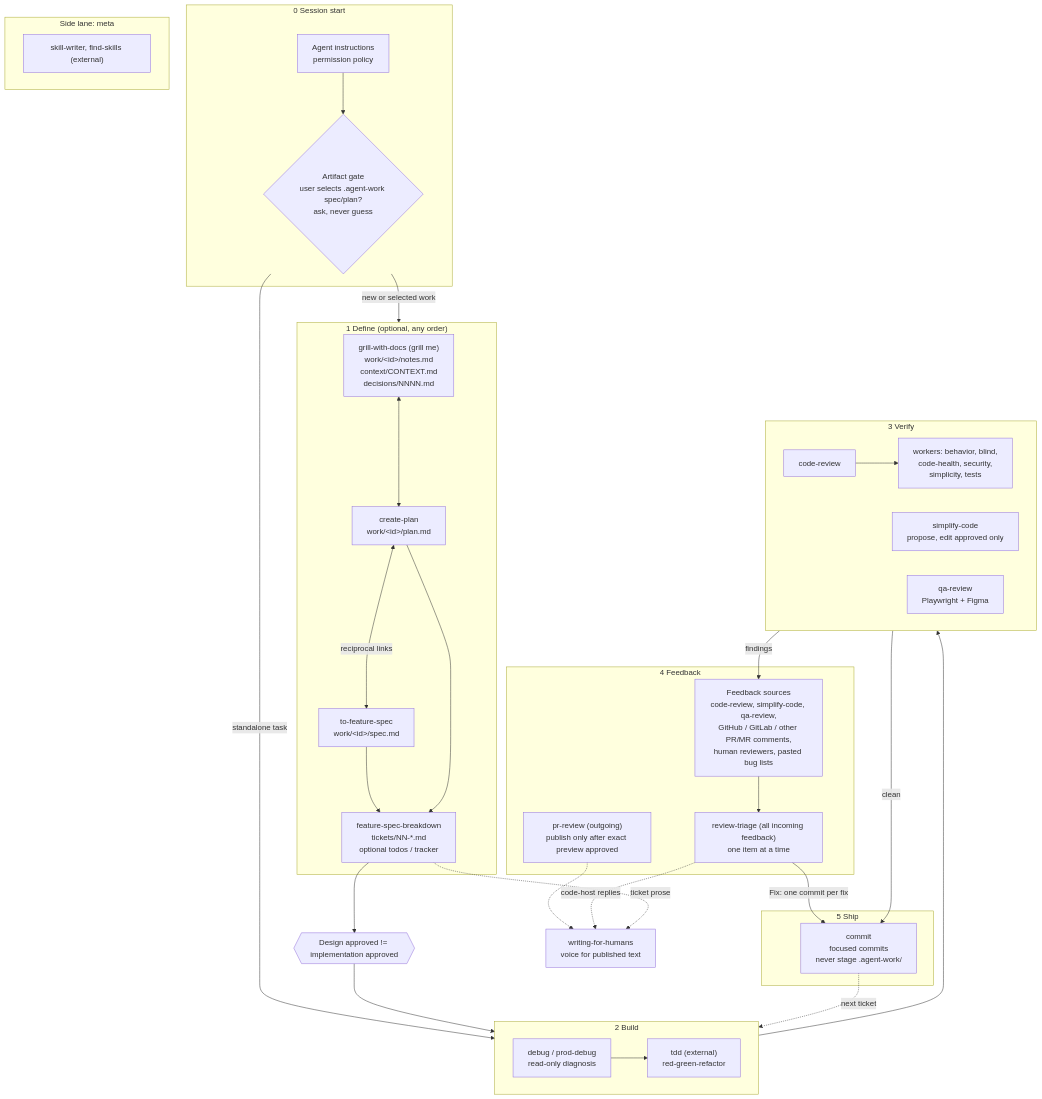
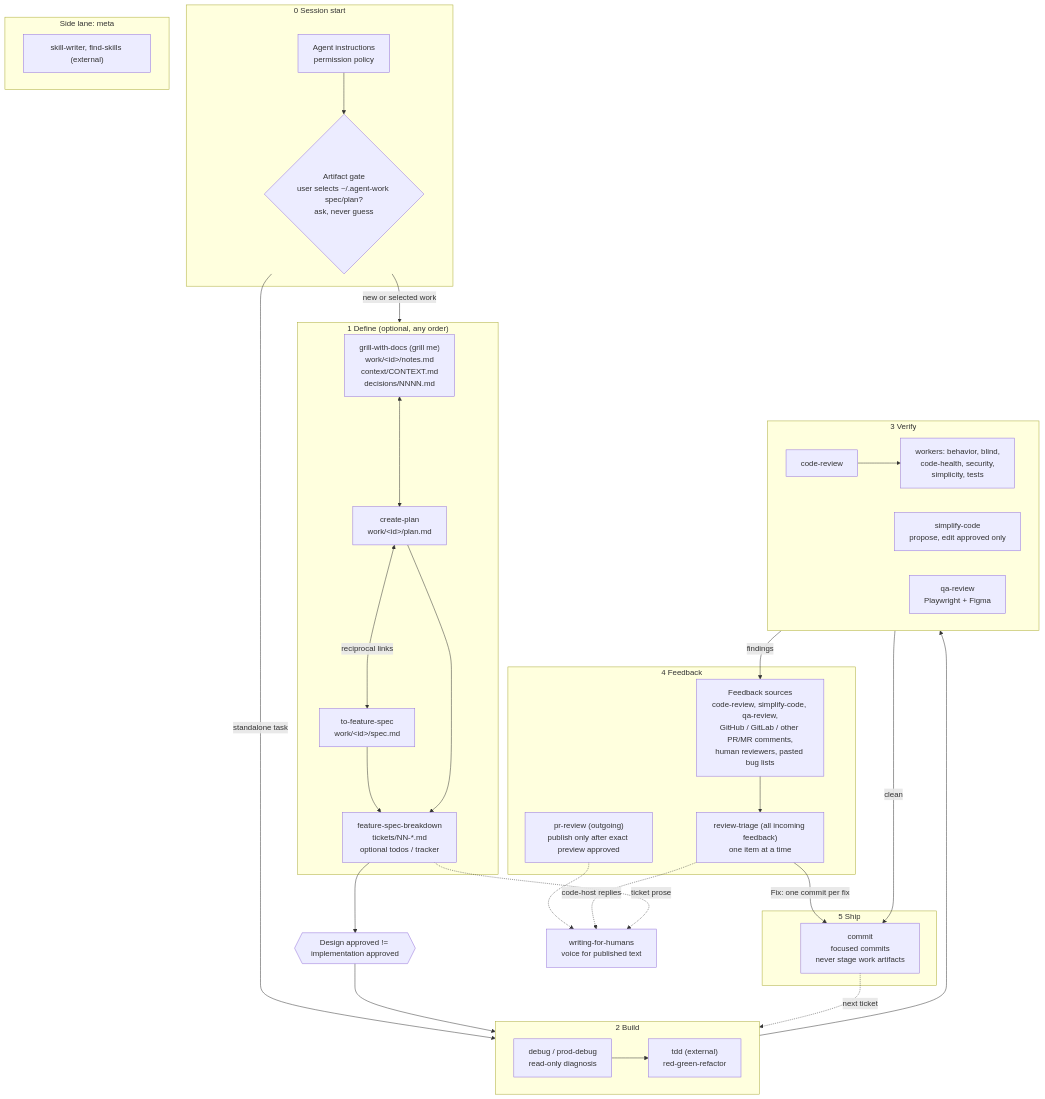
The diagram in README.md (drosam/agents), drawn with Mermaid before and after one commit. The commit also changed 45 other files, not shown here.

Commit message:
Store work artifacts in a worktree-shared ~/.agent-work area and anonymize source examples

````diff
--- a/README.md
+++ b/README.md
@@ -14,64 +14,64 @@
 ```mermaid
 flowchart TD
     subgraph S0["0 Session start"]
         rules["Agent instructions<br/>permission policy"]
-        gate{"Artifact gate<br/>user selects .agent-work spec/plan?<br/>ask, never guess"}
+        gate{"Artifact gate<br/>user selects ~/.agent-work spec/plan?<br/>ask, never guess"}
         rules --> gate
     end
 
     subgraph S1["1 Define (optional, any order)"]
         grill["grill-with-docs (grill me)<br/>work/&lt;id&gt;/notes.md<br/>context/CONTEXT.md<br/>decisions/NNNN.md"]
         plan["create-plan<br/>work/&lt;id&gt;/plan.md"]
         spec["to-feature-spec<br/>work/&lt;id&gt;/spec.md"]
         breakdown["feature-spec-breakdown<br/>tickets/NN-*.md<br/>optional todos / tracker"]
         grill <--> plan
         plan <-->|reciprocal links| spec
         spec --> breakdown
         plan --> breakdown
     end
 
     approve{{"Design approved != implementation approved"}}
 
     subgraph S2["2 Build"]
         tdd["tdd (external)<br/>red-green-refactor"]
         debug["debug / prod-debug<br/>read-only diagnosis"]
     end
 
     subgraph S3["3 Verify"]
         review["code-review"]
         workers["workers: behavior, blind,<br/>code-health, security,<br/>simplicity, tests"]
         simplify["simplify-code<br/>propose, edit approved only"]
         qa["qa-review<br/>Playwright + Figma"]
         review --> workers
     end
 
     subgraph S4["4 Feedback"]
         triage["review-triage (all incoming feedback)<br/>one item at a time"]
         sources["Feedback sources<br/>code-review, simplify-code, qa-review,<br/>GitHub / GitLab / other PR/MR comments,<br/>human reviewers, pasted bug lists"]
         sources --> triage
         prr["pr-review (outgoing)<br/>publish only after exact preview approved"]
     end
 
     subgraph S5["5 Ship"]
-        commit["commit<br/>focused commits<br/>never stage .agent-work/"]
+        commit["commit<br/>focused commits<br/>never stage work artifacts"]
     end
 
     subgraph META["Side lane: meta"]
         meta["skill-writer, find-skills (external)"]
     end
 
     voice["writing-for-humans<br/>voice for published text"]
     prr -.-> voice
     triage -.->|code-host replies| voice
     breakdown -.->|ticket prose| voice
 
     gate -->|new or selected work| S1
     gate -->|standalone task| S2
     breakdown --> approve --> S2
     debug --> tdd
     S2 --> S3
     S3 -->|findings| sources
     triage -->|Fix: one commit per fix| commit
     S3 -->|clean| commit
     commit -.->|next ticket| S2
 ```
````
